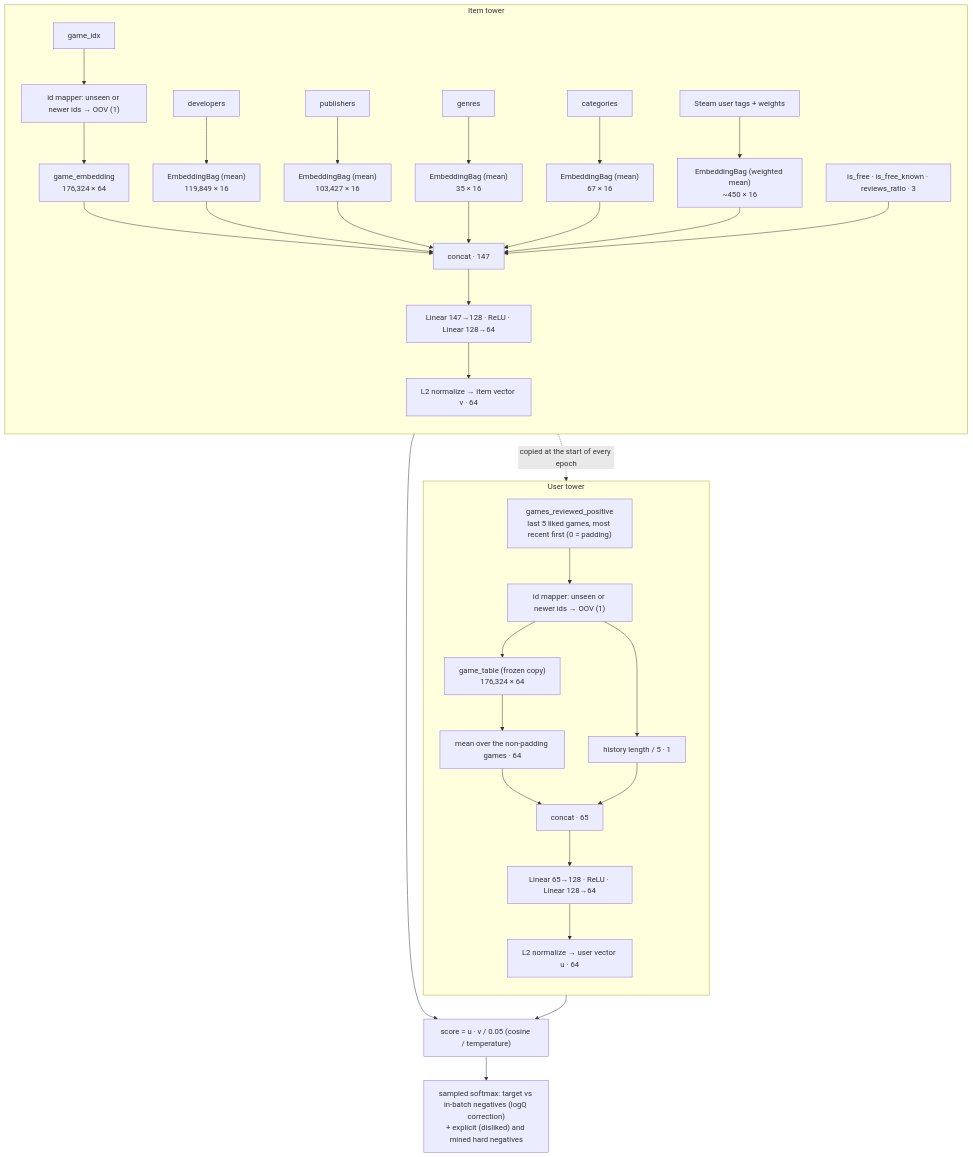
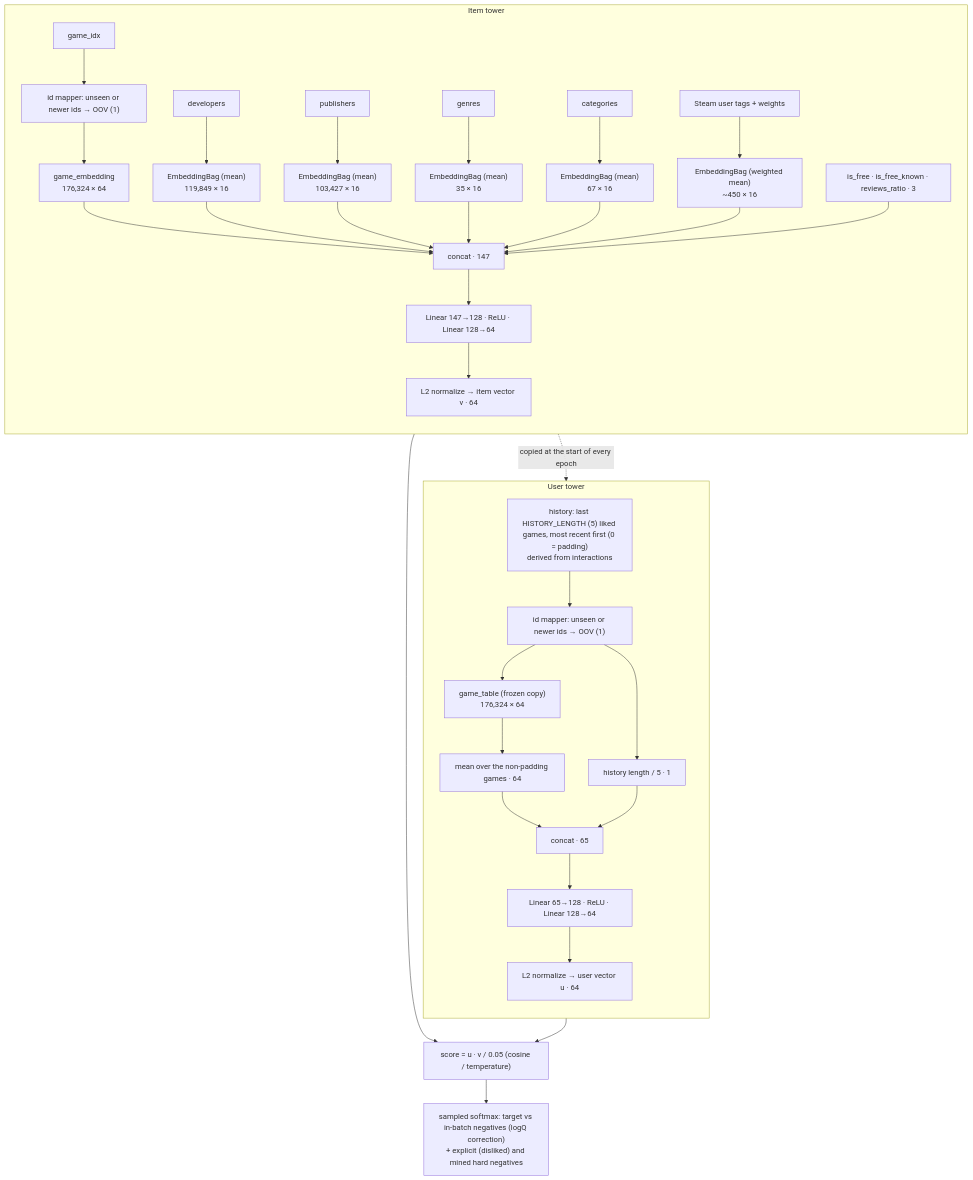
Before and after one commit to sadelcarpio/steam-recsys-e2e: the first of 2 diagrams in training/README.md, drawn with Mermaid. The commit also changed other lines of this file and 19 other files, not shown here.

First line of the commit message:
ETL: drop the stored user history (user_features, interactions.games_reviewed_positive)

````diff
--- a/training/README.md
+++ b/training/README.md
@@ -66,35 +66,35 @@
 ```mermaid
 flowchart TB
   subgraph user["User tower"]
     direction TB
-    H["games_reviewed_positive<br/>last 5 liked games, most recent first (0 = padding)"]
+    H["history: last HISTORY_LENGTH (5) liked games, most recent first (0 = padding)<br/>derived from interactions"]
     UM["id mapper: unseen or newer ids → OOV (1)"]
     GT["game_table (frozen copy)<br/>176,324 × 64"]
     POOL["mean over the non-padding games · 64"]
     LEN["history length / 5 · 1"]
     UC["concat · 65"]
     UMLP["Linear 65→128 · ReLU · Linear 128→64"]
     UN["L2 normalize → user vector u · 64"]
     H --> UM --> GT --> POOL --> UC
     UM --> LEN --> UC
     UC --> UMLP --> UN
   end
 
   subgraph item["Item tower"]
     direction TB
     G["game_idx"] --> IM["id mapper: unseen or newer ids → OOV (1)"] --> GE["game_embedding<br/>176,324 × 64"]
     D["developers"] --> DE["EmbeddingBag (mean)<br/>119,849 × 16"]
     P["publishers"] --> PE["EmbeddingBag (mean)<br/>103,427 × 16"]
     GN["genres"] --> GNE["EmbeddingBag (mean)<br/>35 × 16"]
     C["categories"] --> CE["EmbeddingBag (mean)<br/>67 × 16"]
     T["Steam user tags + weights"] --> TE["EmbeddingBag (weighted mean)<br/>~450 × 16"]
     N["is_free · is_free_known · reviews_ratio · 3"]
     GE & DE & PE & GNE & CE & TE & N --> IC["concat · 147"]
     IC --> IMLP["Linear 147→128 · ReLU · Linear 128→64"] --> IN["L2 normalize → item vector v · 64"]
   end
 
   GE -. "copied at the start of every epoch" .-> GT
   UN --> S["score = u · v / 0.05 (cosine / temperature)"]
   IN --> S
   S --> LOSS["sampled softmax: target vs in-batch negatives (logQ correction)<br/>+ explicit (disliked) and mined hard negatives"]
 ```
````
